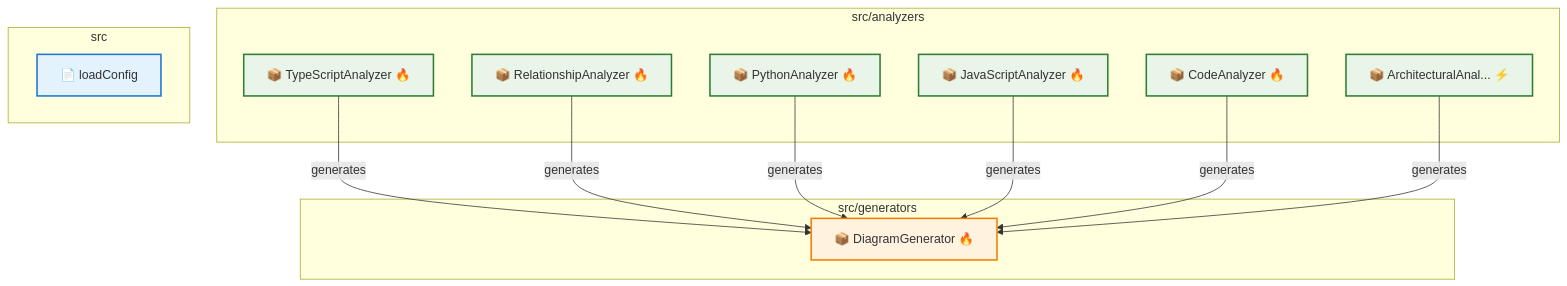
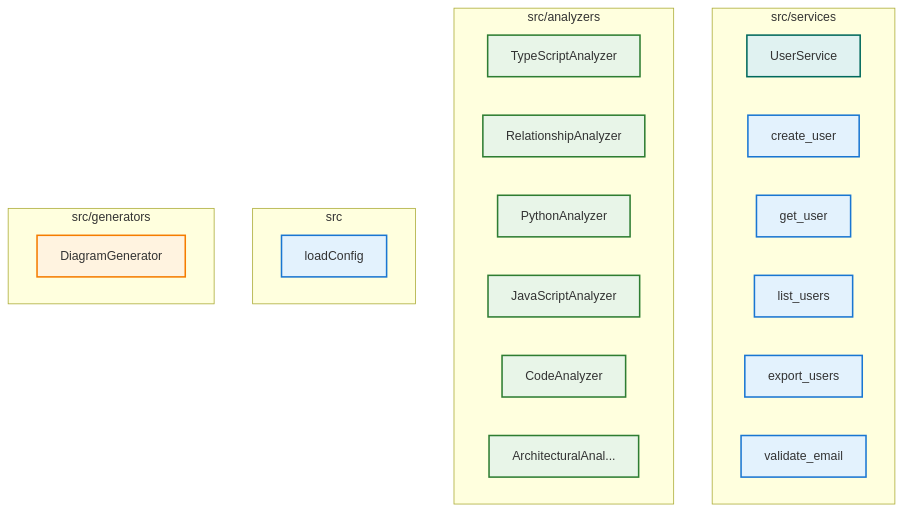
One commit to samjhill/diagrammer changed the diagram in docs/architecture/architecture.md. Above: the diagram before and after it, drawn with Mermaid. The commit also changed other lines of this file and 7 other files, not shown here.

Commit message:
docs(architecture): update generated diagrams with enhanced metrics and insights [skip ci]

````diff
--- a/docs/architecture/architecture.md
+++ b/docs/architecture/architecture.md
@@ -24,52 +15,54 @@
 ```mermaid
 graph TD
   classDef component fill:#e3f2fd,stroke:#1976d2,stroke-width:2px
   classDef analyzer fill:#e8f5e8,stroke:#2e7d32,stroke-width:2px
   classDef generator fill:#fff3e0,stroke:#f57c00,stroke-width:2px
   classDef manager fill:#f3e5f5,stroke:#7b1fa2,stroke-width:2px
   classDef service fill:#e0f2f1,stroke:#00695c,stroke-width:2px
   classDef external fill:#ffebee,stroke:#c62828,stroke-width:2px
-  classDef large fill:#e3f2fd,stroke:#1976d2,stroke-width:3px,font-size:14px
-  classDef medium fill:#e3f2fd,stroke:#1976d2,stroke-width:2px,font-size:12px
-  classDef small fill:#e3f2fd,stroke:#1976d2,stroke-width:1px,font-size:10px
   classDef framework fill:#f1f8e9,stroke:#558b2f,stroke-width:2px
   classDef npm fill:#e8eaf6,stroke:#3f51b5,stroke-width:2px
   classDef group fill:#fafafa,stroke:#424242,stroke-width:3px
-  classDef relationship fill:#ffeb3b,stroke:#f57f17,stroke-width:2px
-  classDef dependency fill:#ff9800,stroke:#e65100,stroke-width:2px
-  classDef data fill:#4caf50,stroke:#1b5e20,stroke-width:2px
-  classDef api fill:#2196f3,stroke:#0d47a1,stroke-width:2px
+
+  subgraph tests_sample_project_src_services["src/services"]
+    UserService["UserService"]
+    create_user["create_user"]
+    get_user["get_user"]
+    list_users["list_users"]
+    export_users["export_users"]
+    validate_email["validate_email"]
+  end
 
   subgraph src_analyzers["src/analyzers"]
-    TypeScriptAnalyzer["📦 TypeScriptAnalyzer 🔥"]
-    RelationshipAnalyzer["📦 RelationshipAnalyzer 🔥"]
-    PythonAnalyzer["📦 PythonAnalyzer 🔥"]
-    JavaScriptAnalyzer["📦 JavaScriptAnalyzer 🔥"]
-    CodeAnalyzer["📦 CodeAnalyzer 🔥"]
-    ArchitecturalAnalyzer["📦 ArchitecturalAnal... ⚡"]
+    TypeScriptAnalyzer["TypeScriptAnalyzer"]
+    RelationshipAnalyzer["RelationshipAnalyzer"]
+    PythonAnalyzer["PythonAnalyzer"]
+    JavaScriptAnalyzer["JavaScriptAnalyzer"]
+    CodeAnalyzer["CodeAnalyzer"]
+    ArchitecturalAnalyzer["ArchitecturalAnal..."]
   end
 
   subgraph src["src"]
-    loadConfig["📄 loadConfig"]
+    loadConfig["loadConfig"]
   end
 
   subgraph src_generators["src/generators"]
-    DiagramGenerator["📦 DiagramGenerator 🔥"]
+    DiagramGenerator["DiagramGenerator"]
   end
 
+  UserService:::service
+  create_user:::component
+  get_user:::component
+  list_users:::component
+  export_users:::component
+  validate_email:::component
   loadConfig:::component
   DiagramGenerator:::generator
   TypeScriptAnalyzer:::analyzer
   RelationshipAnalyzer:::analyzer
   PythonAnalyzer:::analyzer
   JavaScriptAnalyzer:::analyzer
   CodeAnalyzer:::analyzer
   ArchitecturalAnalyzer:::analyzer
-  TypeScriptAnalyzer -->|generates| DiagramGenerator
-  RelationshipAnalyzer -->|generates| DiagramGenerator
-  PythonAnalyzer -->|generates| DiagramGenerator
-  JavaScriptAnalyzer -->|generates| DiagramGenerator
-  CodeAnalyzer -->|generates| DiagramGenerator
-  ArchitecturalAnalyzer -->|generates| DiagramGenerator
 
 ```
````
